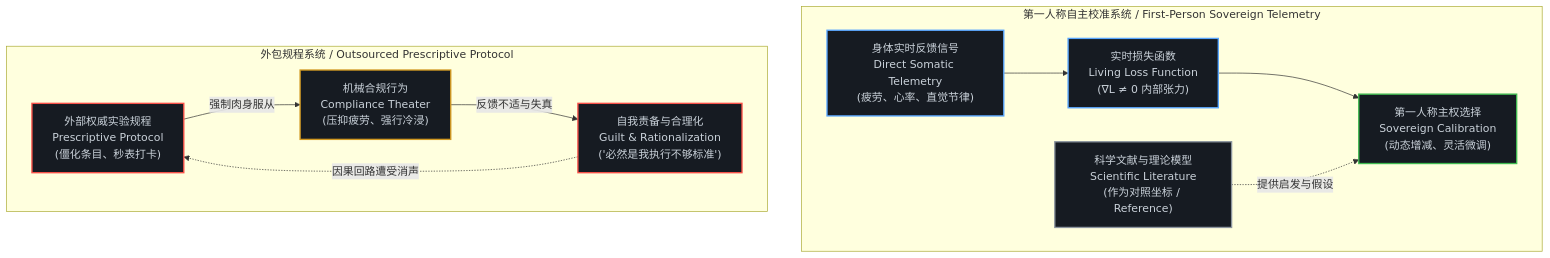
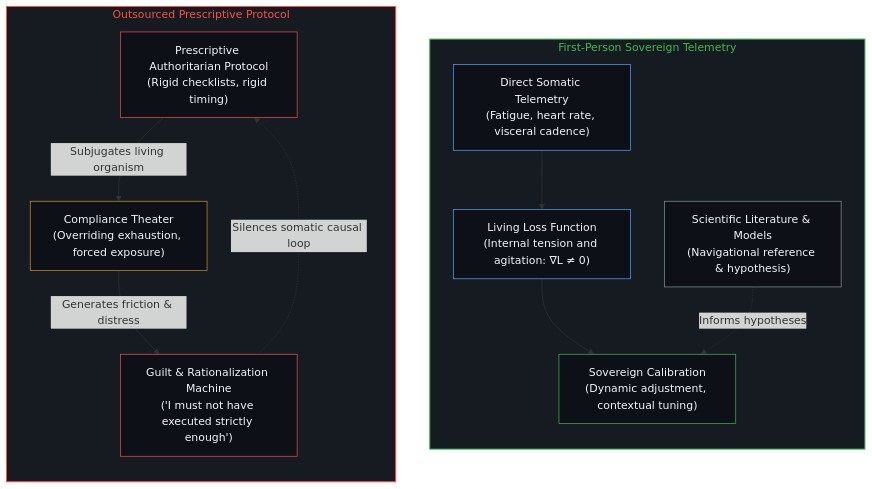
The second of 8 diagrams in content/posts/the-inversion-of-the-protocol-and-the-silencing-of-the-causal-loop.md (powerpig99/not-a-toe), drawn with Mermaid before and after one commit. The commit also changed other lines of this file and 2 other files, not shown here.

Commit message:
Refine Post #327: Split Chinese and English diagrams, replace ASCII with Mermaid schematic, and de-checklist prose

````diff
--- a/content/posts/the-inversion-of-the-protocol-and-the-silencing-of-the-causal-loop.md
+++ b/content/posts/the-inversion-of-the-protocol-and-the-silencing-of-the-causal-loop.md
@@ -21,22 +54,32 @@
 ```mermaid
 graph TD
-    subgraph "第一人称自主校准系统 / First-Person Sovereign Telemetry"
-        A["身体实时反馈信号<br/>Direct Somatic Telemetry<br/>(疲劳、心率、直觉节律)"] --> B["实时损失函数<br/>Living Loss Function<br/>(∇L ≠ 0 内部张力)"]
-        B --> C["第一人称主权选择<br/>Sovereign Calibration<br/>(动态增减、灵活微调)"]
-        D["科学文献与理论模型<br/>Scientific Literature<br/>(作为对照坐标 / Reference)"] -.->|提供启发与假设| C
+    subgraph S_Living["First-Person Sovereign Telemetry"]
+        direction TB
+        A["Direct Somatic Telemetry<br/>(Fatigue, heart rate, visceral cadence)"]
+        B["Living Loss Function<br/>(Internal tension and agitation: ∇L ≠ 0)"]
+        C["Sovereign Calibration<br/>(Dynamic adjustment, contextual tuning)"]
+        D["Scientific Literature & Models<br/>(Navigational reference & hypothesis)"]
+        A --> B --> C
+        D -.->|"Informs hypotheses"| C
     end
 
-    subgraph "外包规程系统 / Outsourced Prescriptive Protocol"
-        E["外部权威实验规程<br/>Prescriptive Protocol<br/>(僵化条目、秒表打卡)"] -->|强制肉身服从| F["机械合规行为<br/>Compliance Theater<br/>(压抑疲劳、强行冷浸)"]
-        F -->|反馈不适与失真| G["自我责备与合理化<br/>Guilt & Rationalization<br/>('必然是我执行不够标准')"]
-        G -.->|因果回路遭受消声| E
+    subgraph S_Prescription["Outsourced Prescriptive Protocol"]
+        direction TB
+        E["Prescriptive Authoritarian Protocol<br/>(Rigid checklists, rigid timing)"]
+        F["Compliance Theater<br/>(Overriding exhaustion, forced exposure)"]
+        G["Guilt & Rationalization Machine<br/>('I must not have executed strictly enough')"]
+        E -->|"Subjugates living organism"| F
+        F -->|"Generates friction & distress"| G
+        G -.->|"Silences somatic causal loop"| E
     end
 
-    style A fill:#161b22,stroke:#58a6ff,stroke-width:2px,color:#c9d1d9
-    style B fill:#161b22,stroke:#58a6ff,stroke-width:2px,color:#c9d1d9
-    style C fill:#161b22,stroke:#3fb950,stroke-width:2px,color:#c9d1d9
-    style D fill:#161b22,stroke:#8b949e,stroke-width:2px,color:#c9d1d9
-    style E fill:#161b22,stroke:#f85149,stroke-width:2px,color:#c9d1d9
-    style F fill:#161b22,stroke:#d29922,stroke-width:2px,color:#c9d1d9
-    style G fill:#161b22,stroke:#f85149,stroke-width:2px,color:#c9d1d9
+    style S_Living fill:#161b22,stroke:#3fb950,stroke-width:1.5px,color:#3fb950
+    style S_Prescription fill:#161b22,stroke:#f85149,stroke-width:1.5px,color:#f85149
+    style A fill:#0d1117,stroke:#58a6ff,stroke-width:1px,color:#f0f6fc
+    style B fill:#0d1117,stroke:#58a6ff,stroke-width:1px,color:#f0f6fc
+    style C fill:#0d1117,stroke:#3fb950,stroke-width:1px,color:#f0f6fc
+    style D fill:#0d1117,stroke:#8b949e,stroke-width:1px,color:#f0f6fc
+    style E fill:#0d1117,stroke:#f85149,stroke-width:1px,color:#f0f6fc
+    style F fill:#0d1117,stroke:#d29922,stroke-width:1px,color:#f0f6fc
+    style G fill:#0d1117,stroke:#f85149,stroke-width:1px,color:#f0f6fc
 ```
````
